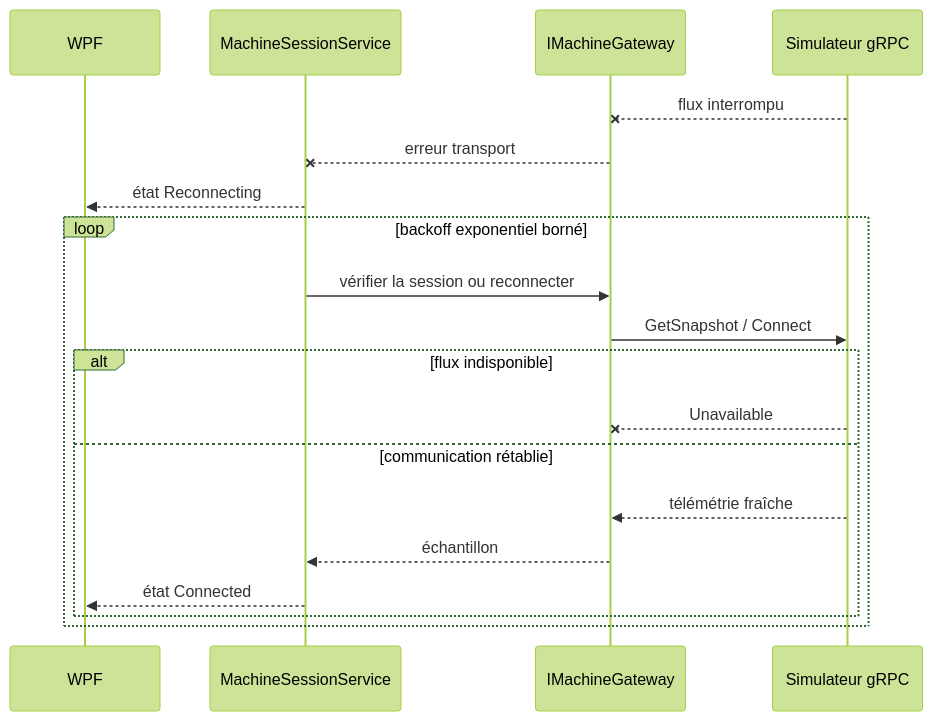
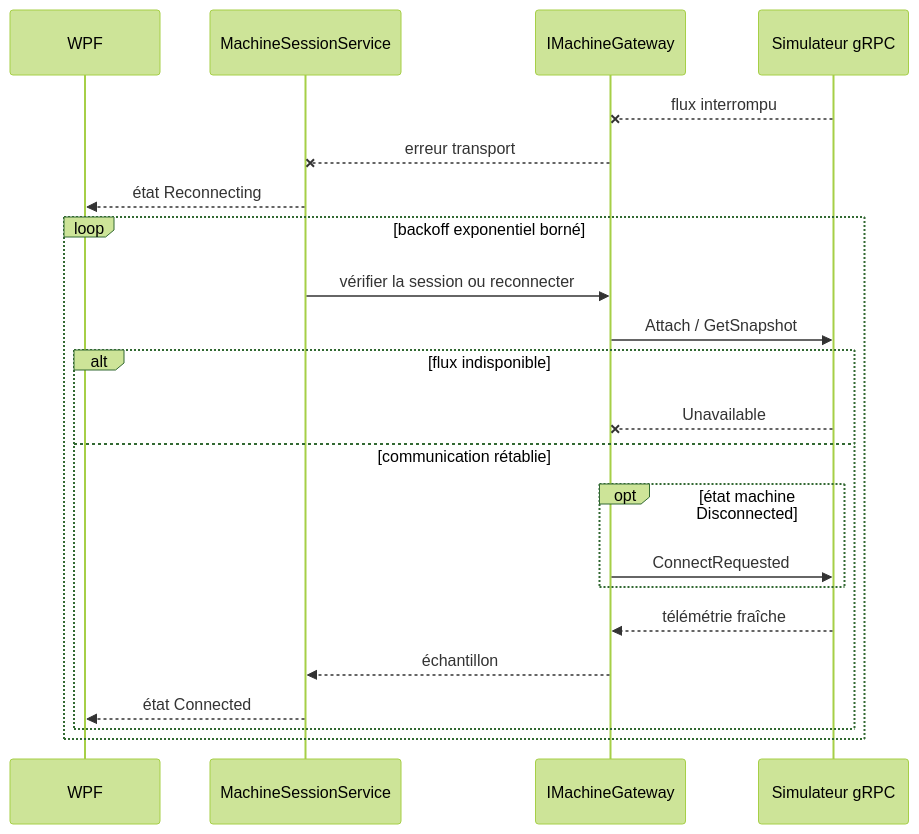
The fifth of 5 diagrams in docs/architecture.md (arnaud-wissart-lab/layup-pulse), drawn with Mermaid (forest theme) before and after one commit. The commit also changed other lines of this file and 12 other files, not shown here.

````diff
--- a/docs/architecture.md
+++ b/docs/architecture.md
@@ -187,22 +188,25 @@
 ```mermaid
 sequenceDiagram
     participant UI as WPF
     participant Session as MachineSessionService
     participant Gateway as IMachineGateway
     participant Sim as Simulateur gRPC
 
     Sim--xGateway: flux interrompu
     Gateway--xSession: erreur transport
     Session-->>UI: état Reconnecting
     loop backoff exponentiel borné
         Session->>Gateway: vérifier la session ou reconnecter
-        Gateway->>Sim: GetSnapshot / Connect
+        Gateway->>Sim: Attach / GetSnapshot
         alt flux indisponible
             Sim--xGateway: Unavailable
         else communication rétablie
+            opt état machine Disconnected
+                Gateway->>Sim: ConnectRequested
+            end
             Sim-->>Gateway: télémétrie fraîche
             Gateway-->>Session: échantillon
             Session-->>UI: état Connected
         end
     end
 ```
````
